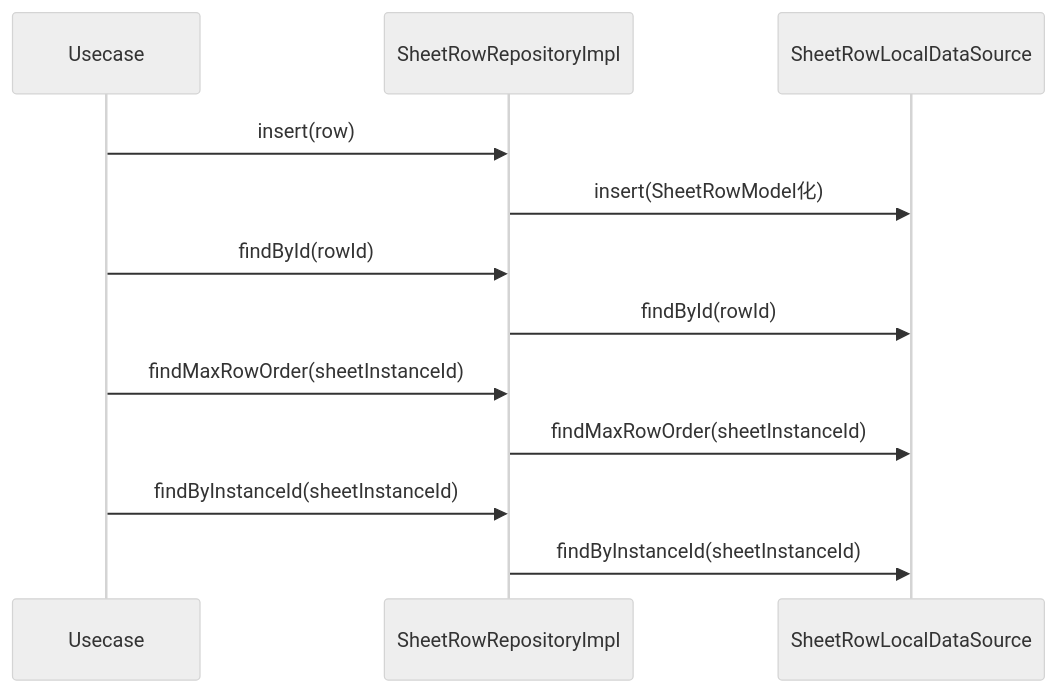
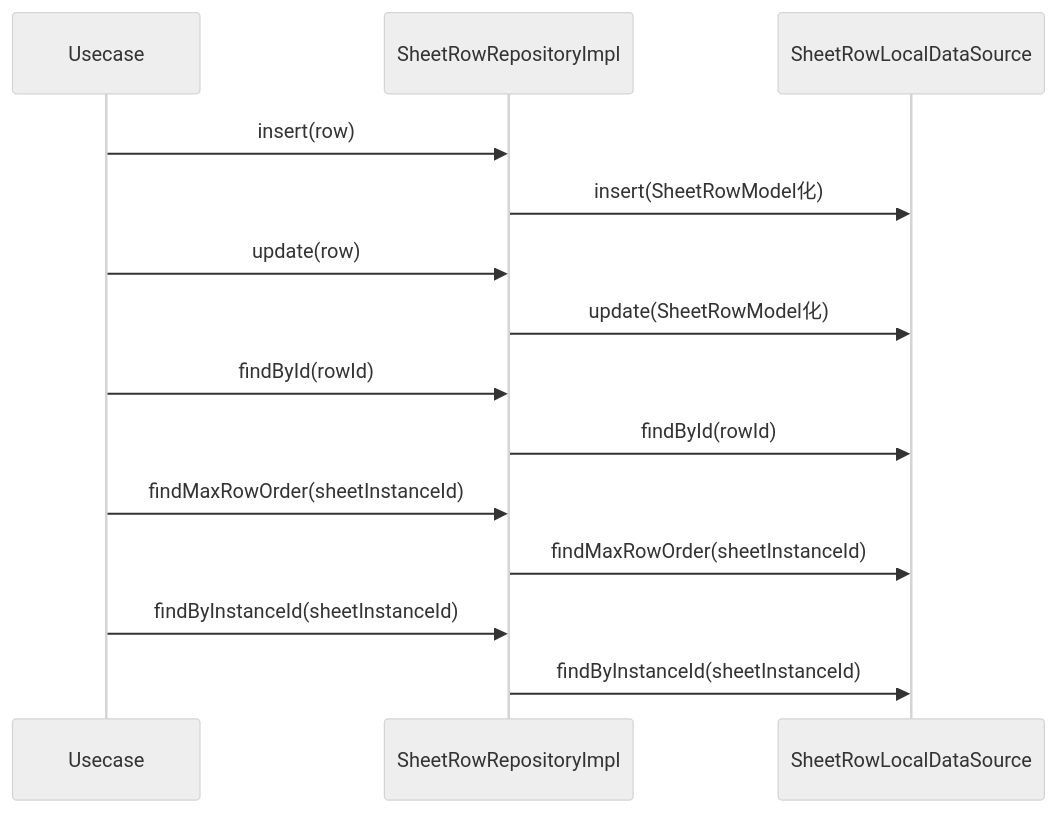
One commit to MinamiyamaKotaro/m3_pad changed the diagram in docs/design/lib/src/features/voucher/data/repositories/sheet_row_repository_impl.md. Above: the diagram before and after it, drawn with Mermaid (neutral theme). The commit also changed other lines of this file and 35 other files, not shown here.

````diff
--- a/docs/design/lib/src/features/voucher/data/repositories/sheet_row_repository_impl.md
+++ b/docs/design/lib/src/features/voucher/data/repositories/sheet_row_repository_impl.md
@@ -13,15 +14,17 @@
 ```mermaid
 sequenceDiagram
     participant U as Usecase
     participant Impl as SheetRowRepositoryImpl
     participant D as SheetRowLocalDataSource
 
     U->>Impl: insert(row)
     Impl->>D: insert(SheetRowModel化)
+    U->>Impl: update(row)
+    Impl->>D: update(SheetRowModel化)
     U->>Impl: findById(rowId)
     Impl->>D: findById(rowId)
     U->>Impl: findMaxRowOrder(sheetInstanceId)
     Impl->>D: findMaxRowOrder(sheetInstanceId)
     U->>Impl: findByInstanceId(sheetInstanceId)
     Impl->>D: findByInstanceId(sheetInstanceId)
 ```
````
